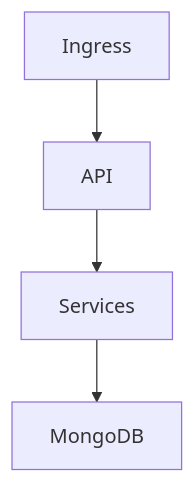
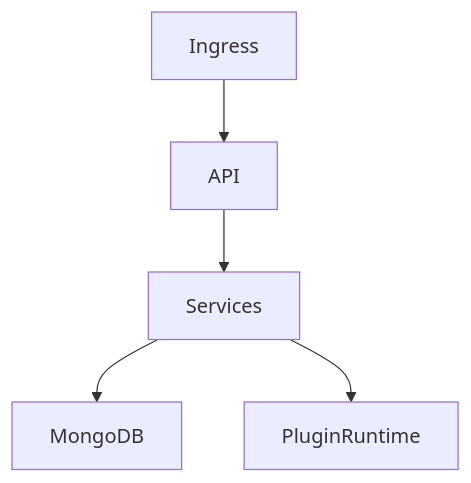
Before and after one commit to tofi2k/doc: the seventh of 7 diagrams in architecture/arc42.md, drawn with Mermaid. The commit also changed other lines of this file and 4 other files, not shown here.

````diff
--- a/architecture/arc42.md
+++ b/architecture/arc42.md
@@ -186,6 +229,7 @@
 ```mermaid
 flowchart TB
     Ingress --> API
     API --> Services
     Services --> MongoDB
+    Services --> PluginRuntime
 ```
````
